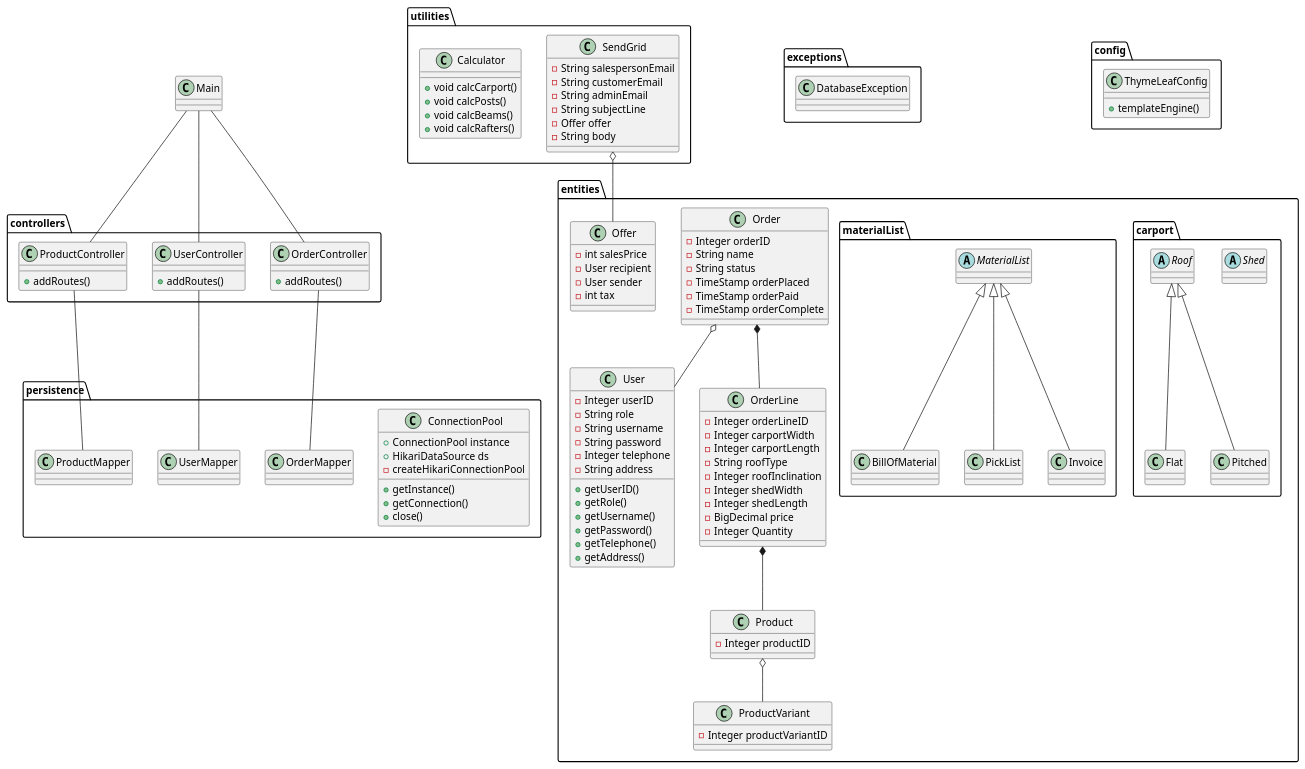
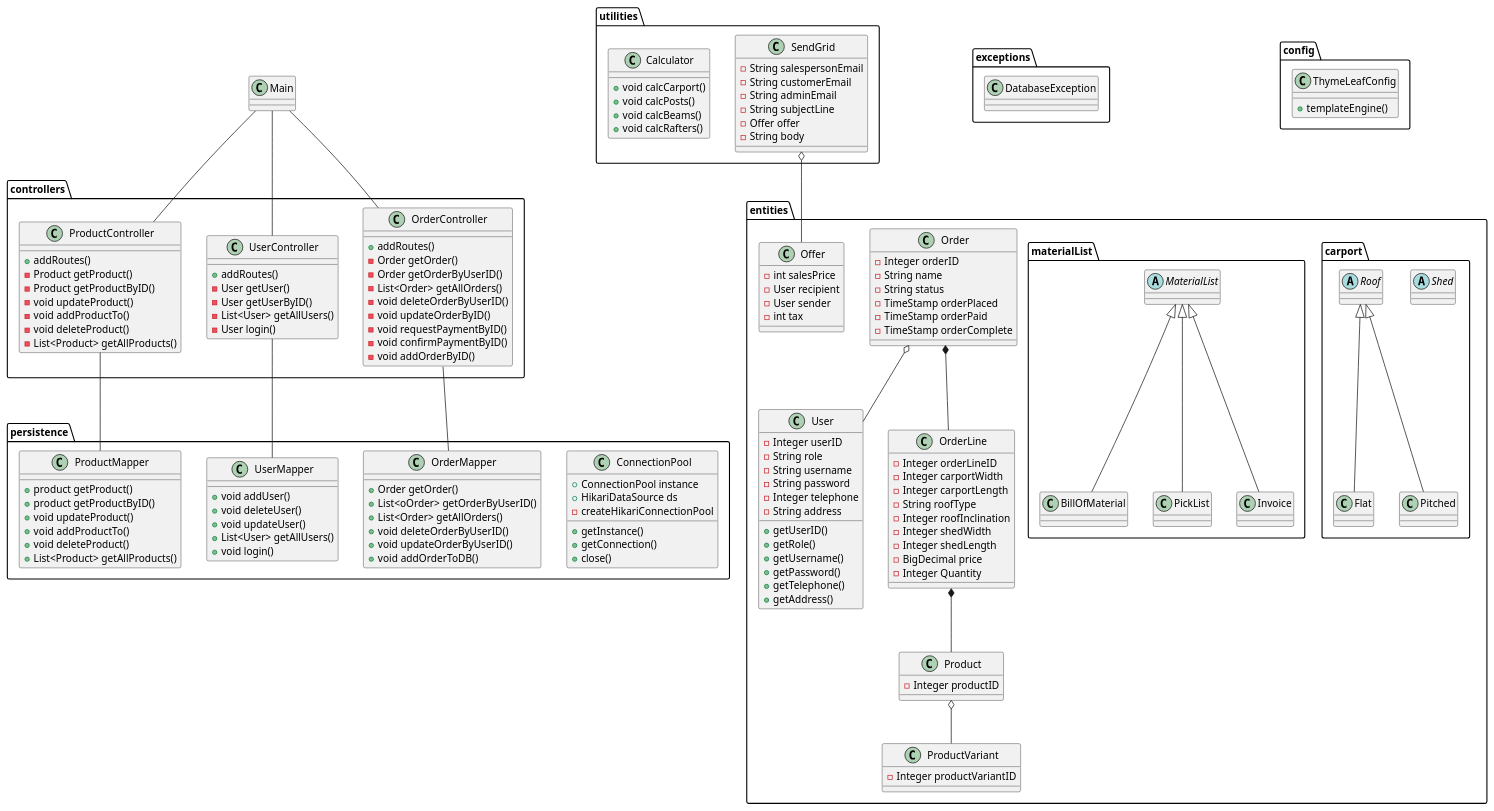
One commit to mridrisisci/fog-projekt changed the diagram in docs/classDiagramV1.puml. Above: the diagram before and after it, drawn with PlantUML.

```diff
--- a/docs/classDiagramV1.puml
+++ b/docs/classDiagramV1.puml
@@ -27,13 +27,33 @@
 package controllers {
     class OrderController {
     + addRoutes()
+    - Order getOrder()
+    - Order getOrderByUserID()
+    - List<Order> getAllOrders()
+    - void deleteOrderByUserID()
+    - void updateOrderByID()
+    - void requestPaymentByID()
+    - void confirmPaymentByID()
+    - void addOrderByID()
     }
 
     class UserController {
     + addRoutes()
+    - User getUser()
+    - User getUserByID()
+    - List<User> getAllUsers()
+    - User login()
+
     }
     class ProductController {
     + addRoutes()
+    - Product getProduct()
+    - Product getProductByID()
+    - void updateProduct()
+    - void addProductTo()
+    - void deleteProduct()
+    - List<Product> getAllProducts()
+
     }
 }
 
@@ -131,12 +151,29 @@
     }
 
     class OrderMapper {
+    + Order getOrder()
+    + List<oOrder> getOrderByUserID()
+    + List<Order> getAllOrders()
+    + void deleteOrderByUserID()
+    + void updateOrderByUserID()
+    + void addOrderToDB()
     }
 
     class ProductMapper {
+    + product getProduct()
+    + product getProductByID()
+    + void updateProduct()
+    + void addProductTo()
+    + void deleteProduct()
+    + List<Product> getAllProducts()
     }
 
     class UserMapper {
+    + void addUser()
+    + void deleteUser()
+    + void updateUser()
+    + List<User> getAllUsers()
+    + void login()
     }
 }
 
```
